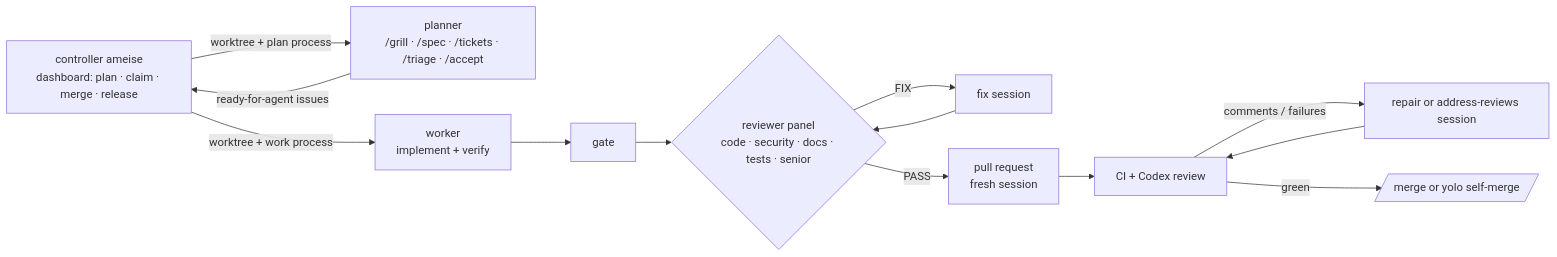
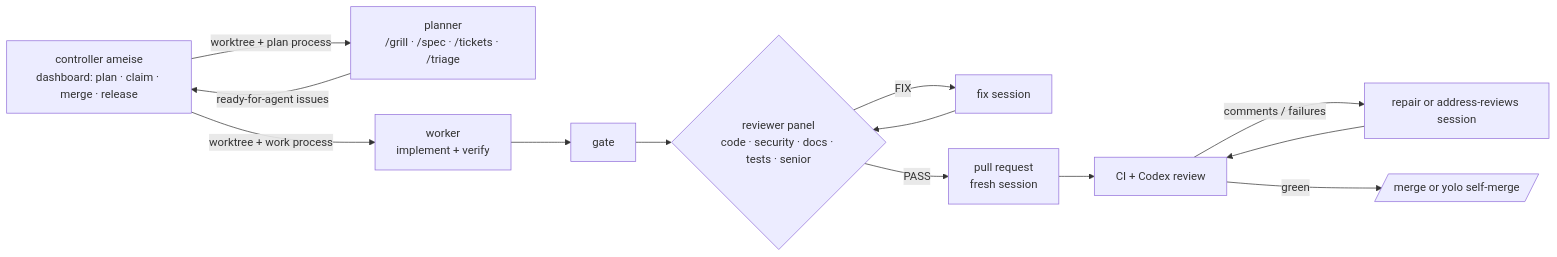
One commit to CalvinDittkrist/ameise changed the diagram in README.md. Above: the diagram before and after it, drawn with Mermaid. The commit also changed other lines of this file and 6 other files, not shown here.

Commit message:
docs: describe the planner as skills and agents beside the controller's tools

````diff
--- a/README.md
+++ b/README.md
@@ -12,15 +12,15 @@
 ```mermaid
 flowchart LR
-  C[controller ameise<br/>dashboard: plan · claim · merge · release] -->|worktree + plan process| PL[planner<br/>/grill · /spec · /tickets · /triage · /accept]
+  C[controller ameise<br/>dashboard: plan · claim · merge · release] -->|worktree + plan process| PL[planner<br/>/grill · /spec · /tickets · /triage]
   PL -->|ready-for-agent issues| C
   C -->|worktree + work process| W[worker<br/>implement + verify]
   W --> G[gate]
   G --> R{reviewer panel<br/>code · security · docs · tests · senior}
   R -->|FIX| F[fix session]
   F --> R
   R -->|PASS| P[pull request<br/>fresh session]
   P --> CI[CI + Codex review]
   CI -->|comments / failures| A[repair or address-reviews session]
   A --> CI
   CI -->|green| M[/merge or yolo self-merge/]
 ```
````
